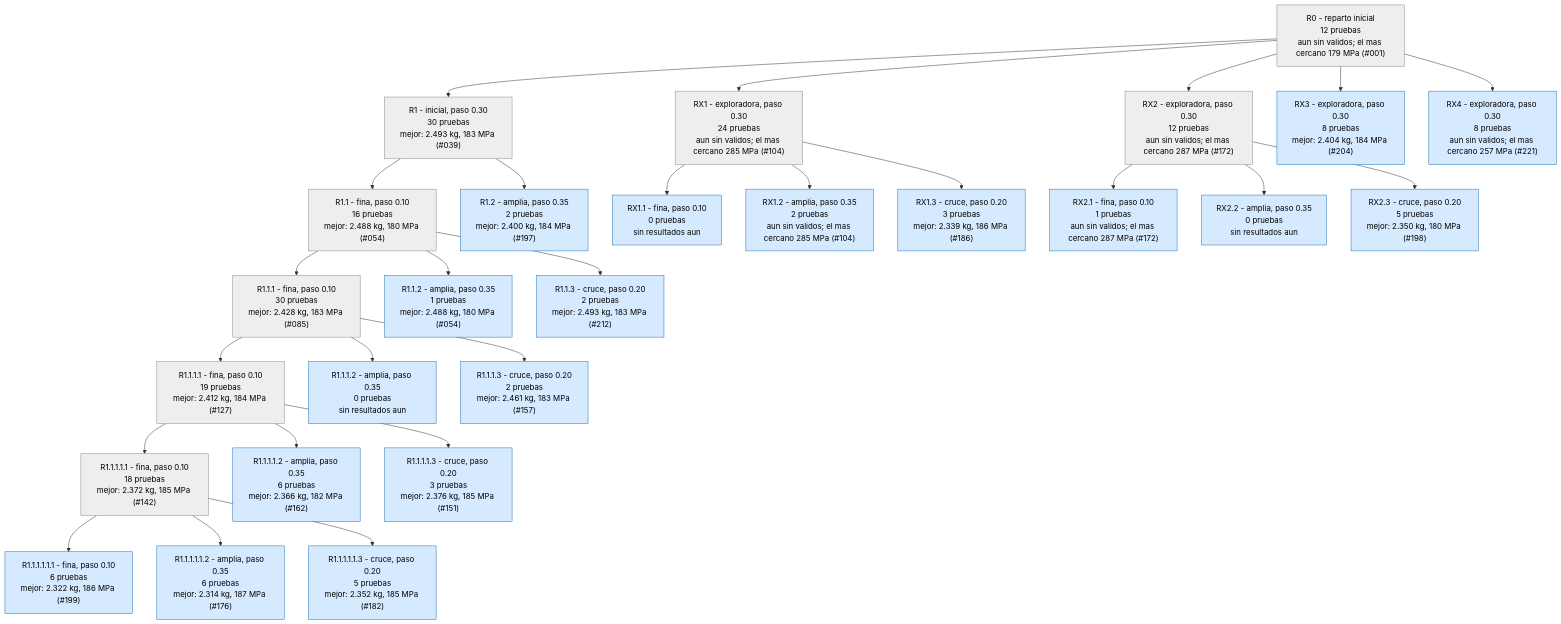
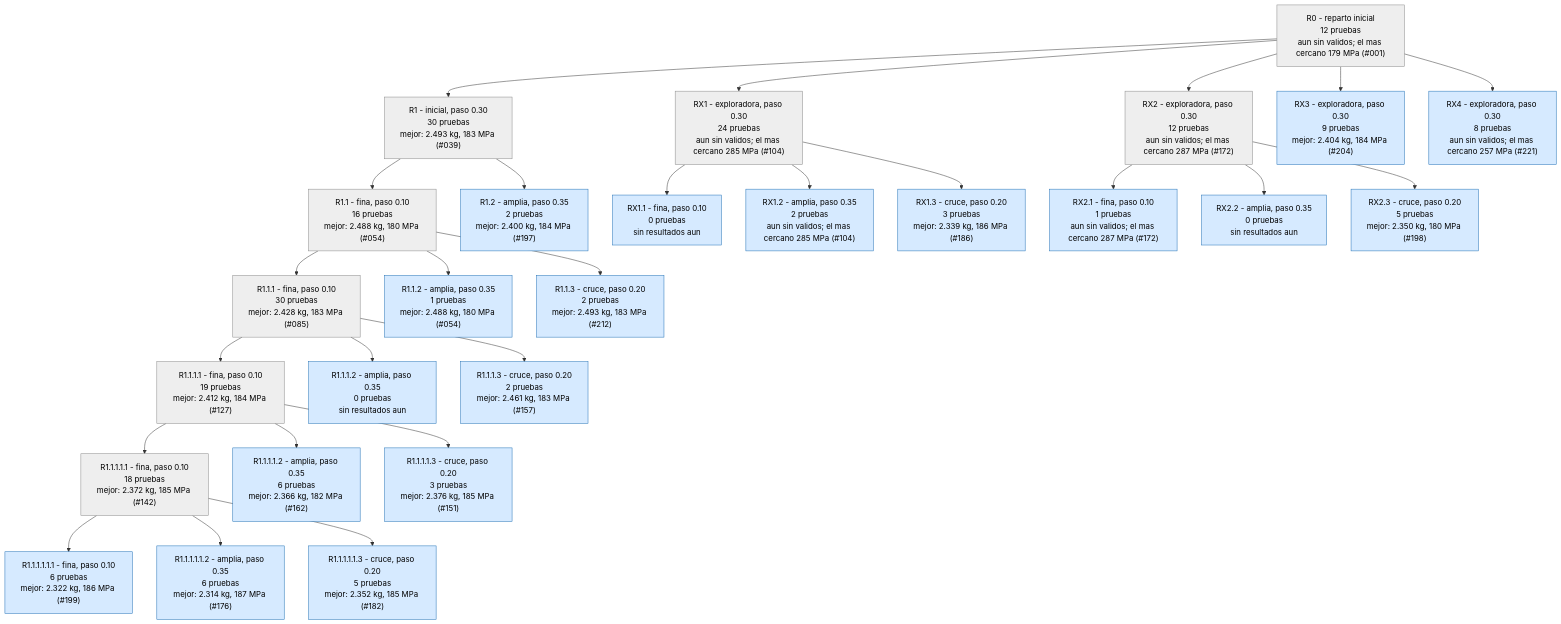
The second of 4 diagrams in runs/opt_37800N/ARBOL.md (Hugiko/msd-soporte-optimizacion), drawn with Mermaid before and after one commit. The commit also changed 20 other files, not shown here.

````diff
--- a/runs/opt_37800N/ARBOL.md
+++ b/runs/opt_37800N/ARBOL.md
@@ -53,57 +53,57 @@
 ```mermaid
 graph TD
 classDef activa fill:#d6eaff,stroke:#1f6fb5,color:#000
 classDef fin fill:#eeeeee,stroke:#888,color:#000
 classDef mejor fill:#c8f0c0,stroke:#1a9850,stroke-width:4px,color:#000
 R0["R0 - reparto inicial<br/>12 pruebas<br/>aun sin validos; el mas cercano 179 MPa (#001)"]:::fin
 R1["R1 - inicial, paso 0.30<br/>30 pruebas<br/>mejor: 2.493 kg, 183 MPa (#039)"]:::fin
 R0 --> R1
 R1_1["R1.1 - fina, paso 0.10<br/>16 pruebas<br/>mejor: 2.488 kg, 180 MPa (#054)"]:::fin
 R1 --> R1_1
 R1_2["R1.2 - amplia, paso 0.35<br/>2 pruebas<br/>mejor: 2.400 kg, 184 MPa (#197)"]:::activa
 R1 --> R1_2
 R1_1_1["R1.1.1 - fina, paso 0.10<br/>30 pruebas<br/>mejor: 2.428 kg, 183 MPa (#085)"]:::fin
 R1_1 --> R1_1_1
 R1_1_2["R1.1.2 - amplia, paso 0.35<br/>1 pruebas<br/>mejor: 2.488 kg, 180 MPa (#054)"]:::activa
 R1_1 --> R1_1_2
 R1_1_3["R1.1.3 - cruce, paso 0.20<br/>2 pruebas<br/>mejor: 2.493 kg, 183 MPa (#212)"]:::activa
 R1_1 --> R1_1_3
 R1_1_1_1["R1.1.1.1 - fina, paso 0.10<br/>19 pruebas<br/>mejor: 2.412 kg, 184 MPa (#127)"]:::fin
 R1_1_1 --> R1_1_1_1
 R1_1_1_2["R1.1.1.2 - amplia, paso 0.35<br/>0 pruebas<br/>sin resultados aun"]:::activa
 R1_1_1 --> R1_1_1_2
 R1_1_1_3["R1.1.1.3 - cruce, paso 0.20<br/>2 pruebas<br/>mejor: 2.461 kg, 183 MPa (#157)"]:::activa
 R1_1_1 --> R1_1_1_3
 RX1["RX1 - exploradora, paso 0.30<br/>24 pruebas<br/>aun sin validos; el mas cercano 285 MPa (#104)"]:::fin
 R0 --> RX1
 RX1_1["RX1.1 - fina, paso 0.10<br/>0 pruebas<br/>sin resultados aun"]:::activa
 RX1 --> RX1_1
 RX1_2["RX1.2 - amplia, paso 0.35<br/>2 pruebas<br/>aun sin validos; el mas cercano 285 MPa (#104)"]:::activa
 RX1 --> RX1_2
 RX1_3["RX1.3 - cruce, paso 0.20<br/>3 pruebas<br/>mejor: 2.339 kg, 186 MPa (#186)"]:::activa
 RX1 --> RX1_3
 R1_1_1_1_1["R1.1.1.1.1 - fina, paso 0.10<br/>18 pruebas<br/>mejor: 2.372 kg, 185 MPa (#142)"]:::fin
 R1_1_1_1 --> R1_1_1_1_1
 R1_1_1_1_2["R1.1.1.1.2 - amplia, paso 0.35<br/>6 pruebas<br/>mejor: 2.366 kg, 182 MPa (#162)"]:::activa
 R1_1_1_1 --> R1_1_1_1_2
 R1_1_1_1_3["R1.1.1.1.3 - cruce, paso 0.20<br/>3 pruebas<br/>mejor: 2.376 kg, 185 MPa (#151)"]:::activa
 R1_1_1_1 --> R1_1_1_1_3
 R1_1_1_1_1_1["R1.1.1.1.1.1 - fina, paso 0.10<br/>6 pruebas<br/>mejor: 2.322 kg, 186 MPa (#199)"]:::activa
 R1_1_1_1_1 --> R1_1_1_1_1_1
 R1_1_1_1_1_2["R1.1.1.1.1.2 - amplia, paso 0.35<br/>6 pruebas<br/>mejor: 2.314 kg, 187 MPa (#176)"]:::activa
 R1_1_1_1_1 --> R1_1_1_1_1_2
 R1_1_1_1_1_3["R1.1.1.1.1.3 - cruce, paso 0.20<br/>5 pruebas<br/>mejor: 2.352 kg, 185 MPa (#182)"]:::activa
 R1_1_1_1_1 --> R1_1_1_1_1_3
 RX2["RX2 - exploradora, paso 0.30<br/>12 pruebas<br/>aun sin validos; el mas cercano 287 MPa (#172)"]:::fin
 R0 --> RX2
 RX2_1["RX2.1 - fina, paso 0.10<br/>1 pruebas<br/>aun sin validos; el mas cercano 287 MPa (#172)"]:::activa
 RX2 --> RX2_1
 RX2_2["RX2.2 - amplia, paso 0.35<br/>0 pruebas<br/>sin resultados aun"]:::activa
 RX2 --> RX2_2
 RX2_3["RX2.3 - cruce, paso 0.20<br/>5 pruebas<br/>mejor: 2.350 kg, 180 MPa (#198)"]:::activa
 RX2 --> RX2_3
-RX3["RX3 - exploradora, paso 0.30<br/>8 pruebas<br/>mejor: 2.404 kg, 184 MPa (#204)"]:::activa
+RX3["RX3 - exploradora, paso 0.30<br/>9 pruebas<br/>mejor: 2.404 kg, 184 MPa (#204)"]:::activa
 R0 --> RX3
 RX4["RX4 - exploradora, paso 0.30<br/>8 pruebas<br/>aun sin validos; el mas cercano 257 MPa (#221)"]:::activa
 R0 --> RX4
 ```
````
